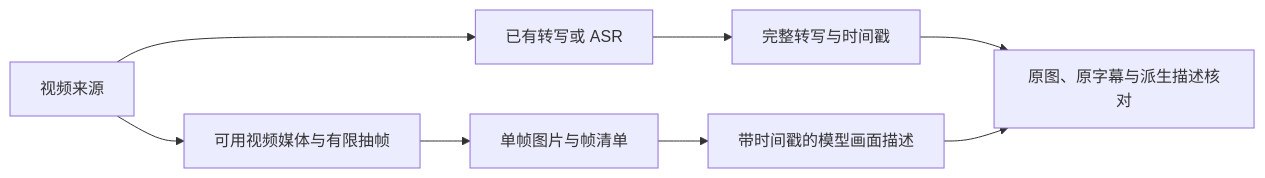
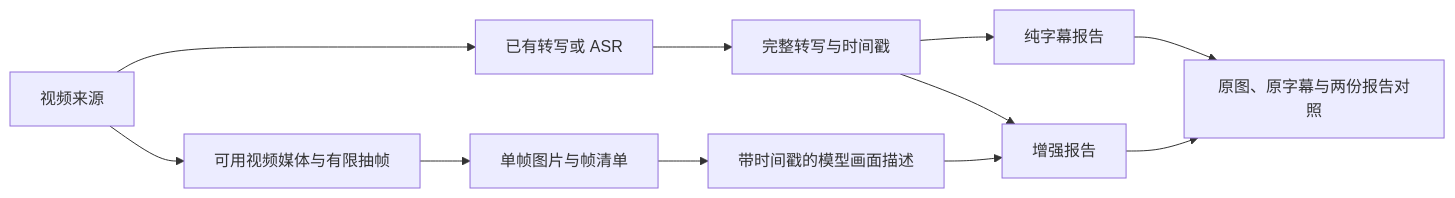
The diagram in docs/sparse-visual-understanding.md (imexlovery/video-report-agent), drawn with Mermaid before and after one commit. The commit also changed other lines of this file and 3 other files, not shown here.

````diff
--- a/docs/sparse-visual-understanding.md
+++ b/docs/sparse-visual-understanding.md
@@ -59,10 +59,13 @@
 ```mermaid
 flowchart LR
     V[视频来源] --> T[已有转写或 ASR]
     V --> F[可用视频媒体与有限抽帧]
     T --> M[完整转写与时间戳]
     F --> I[单帧图片与帧清单]
     I --> D[带时间戳的模型画面描述]
-    M --> P[原图、原字幕与派生描述核对]
-    D --> P
+    M --> C[纯字幕报告]
+    M --> E[增强报告]
+    D --> E
+    C --> P[原图、原字幕与两份报告对照]
+    E --> P
 ```
````
